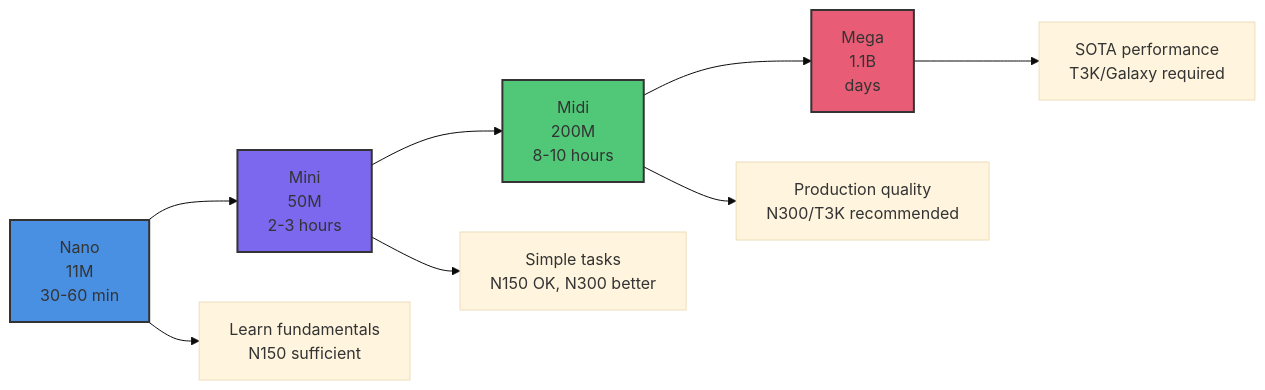
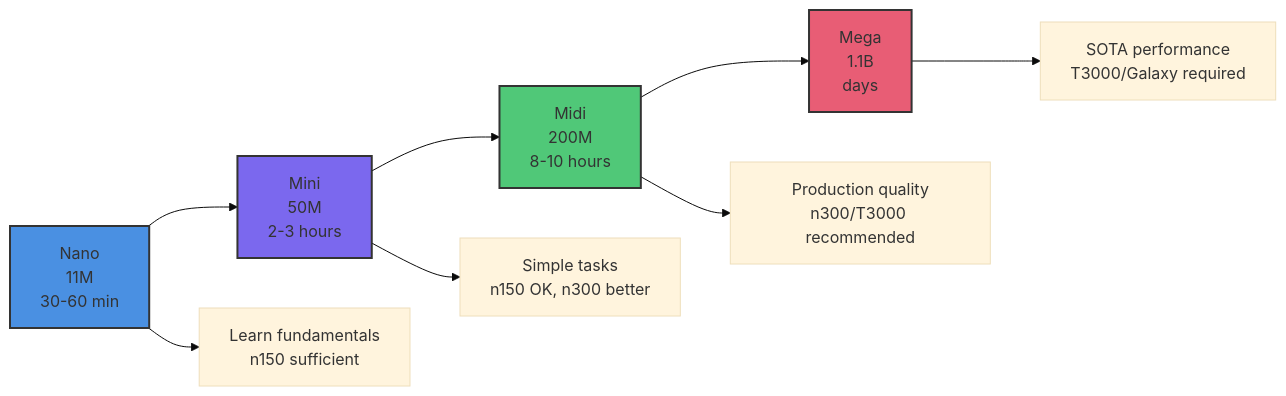
One commit to tenstorrent/tt-vscode-toolkit changed the tenth of 10 diagrams in content/lessons/ct8-training-from-scratch.md. Above: the diagram before and after it, drawn with Mermaid (base theme). The commit also changed other lines of this file and 139 other files, not shown here.

````diff
--- a/content/lessons/ct8-training-from-scratch.md
+++ b/content/lessons/ct8-training-from-scratch.md
@@ -839,16 +839,16 @@
 ```mermaid
 graph LR
     A[Nano<br/>11M<br/>30-60 min] --> B[Mini<br/>50M<br/>2-3 hours]
     B --> C[Midi<br/>200M<br/>8-10 hours]
     C --> D[Mega<br/>1.1B<br/>days]
 
-    A --> E[Learn fundamentals<br/>N150 sufficient]
-    B --> F[Simple tasks<br/>N150 OK, N300 better]
-    C --> G[Production quality<br/>N300/T3K recommended]
-    D --> H[SOTA performance<br/>T3K/Galaxy required]
+    A --> E[Learn fundamentals<br/>n150 sufficient]
+    B --> F[Simple tasks<br/>n150 OK, n300 better]
+    C --> G[Production quality<br/>n300/T3000 recommended]
+    D --> H[SOTA performance<br/>T3000/Galaxy required]
 
     style A fill:#4A90E2,stroke:#333,stroke-width:2px
     style B fill:#7B68EE,stroke:#333,stroke-width:2px
     style C fill:#50C878,stroke:#333,stroke-width:2px
     style D fill:#E85D75,stroke:#333,stroke-width:2px
 ```
````
